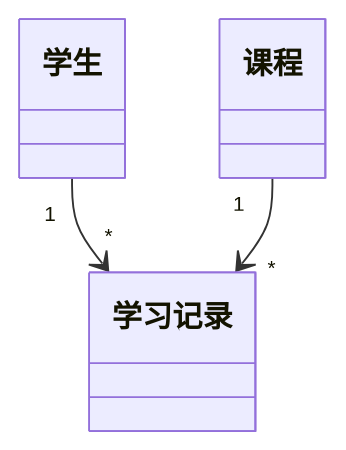
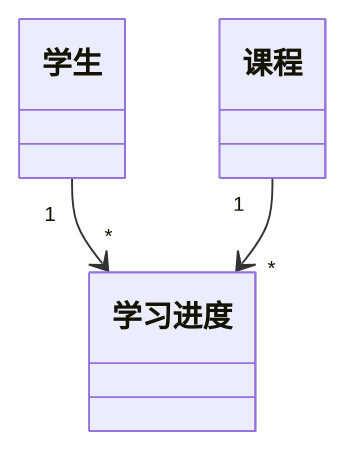
Before and after one commit to g513yb/smart-se-learn: the fifth of 7 diagrams in .claude/skills/requirements-analysis/references/modeling-guide.md, drawn with Mermaid. The commit also changed other lines of this file and 6 other files, not shown here.

````diff
--- a/.claude/skills/requirements-analysis/references/modeling-guide.md
+++ b/.claude/skills/requirements-analysis/references/modeling-guide.md
@@ -99,8 +99,8 @@
 ```mermaid
 classDiagram
   class 学生
   class 课程
-  class 学习记录
-  学生 "1" --> "*" 学习记录
-  课程 "1" --> "*" 学习记录
+  class 学习进度
+  学生 "1" --> "*" 学习进度
+  课程 "1" --> "*" 学习进度
 ```
````
